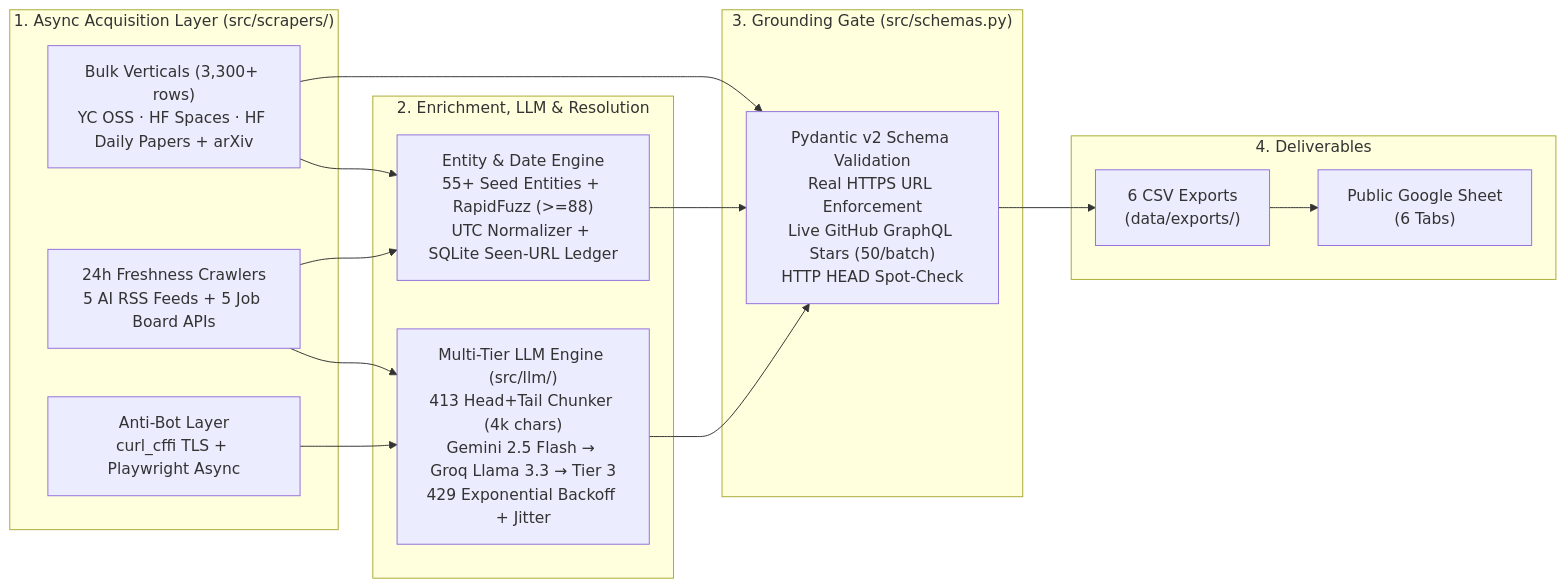
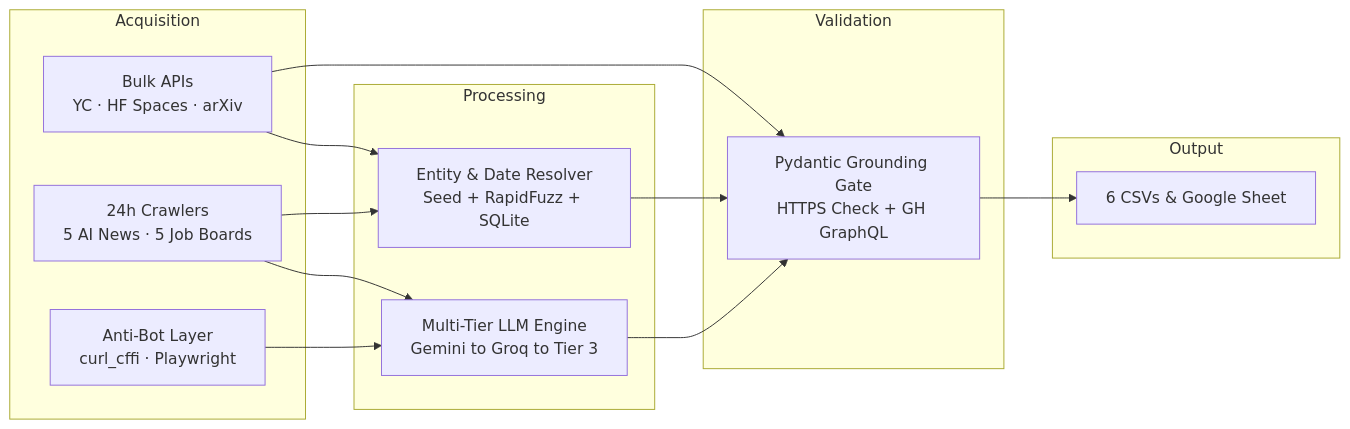
Before and after one commit to ajx1tech/frontieratlas-ingestion-pipeline: the diagram in README.md, drawn with Mermaid. The commit also changed other lines of this file, not shown here.

Commit message:
docs: simplify README and fix GitHub Mermaid diagram rendering

````diff
--- a/README.md
+++ b/README.md
@@ -43,31 +42,30 @@
 ```mermaid
 flowchart LR
-    subgraph ACQ["1. Async Acquisition Layer (src/scrapers/)"]
-        A1["Bulk Verticals (3,300+ rows)<br/>YC OSS · HF Spaces · HF Daily Papers + arXiv"]
-        A2["24h Freshness Crawlers<br/>5 AI RSS Feeds + 5 Job Board APIs"]
-        A3["Anti-Bot Layer<br/>curl_cffi TLS + Playwright Async"]
+    subgraph Acquisition
+        A1["Bulk APIs<br>YC · HF Spaces · arXiv"]
+        A2["24h Crawlers<br>5 AI News · 5 Job Boards"]
+        A3["Anti-Bot Layer<br>curl_cffi · Playwright"]
     end
 
-    subgraph ENR["2. Enrichment, LLM & Resolution"]
-        B1["Multi-Tier LLM Engine (src/llm/)<br/>413 Head+Tail Chunker (4k chars)<br/>Gemini 2.5 Flash → Groq Llama 3.3 → Tier 3<br/>429 Exponential Backoff + Jitter"]
-        B2["Entity & Date Engine<br/>55+ Seed Entities + RapidFuzz (>=88)<br/>UTC Normalizer + SQLite Seen-URL Ledger"]
+    subgraph Processing
+        B1["Multi-Tier LLM Engine<br>Gemini to Groq to Tier 3"]
+        B2["Entity & Date Resolver<br>Seed + RapidFuzz + SQLite"]
     end
 
-    subgraph GATE["3. Grounding Gate (src/schemas.py)"]
-        C1["Pydantic v2 Schema Validation<br/>Real HTTPS URL Enforcement<br/>Live GitHub GraphQL Stars (50/batch)<br/>HTTP HEAD Spot-Check"]
+    subgraph Validation
+        C1["Pydantic Grounding Gate<br>HTTPS Check + GH GraphQL"]
     end
 
-    subgraph OUT["4. Deliverables"]
-        D1["6 CSV Exports<br/>(data/exports/)"]
-        D2["Public Google Sheet<br/>(6 Tabs)"]
+    subgraph Output
+        D1["6 CSVs & Google Sheet"]
     end
 
     A1 --> B2
     A1 --> C1
     A2 --> B1
     A2 --> B2
     A3 --> B1
     B1 --> C1
     B2 --> C1
-    C1 --> D1 --> D2
+    C1 --> D1
 ```
````
